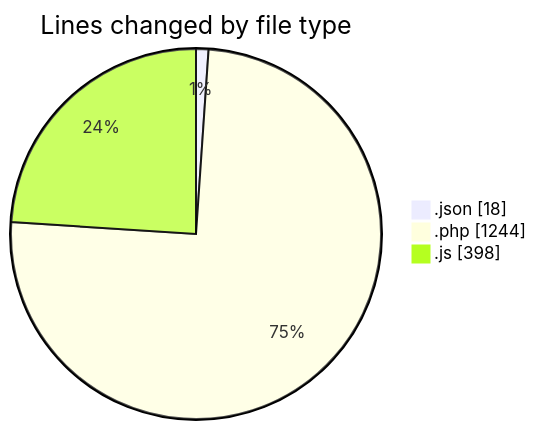
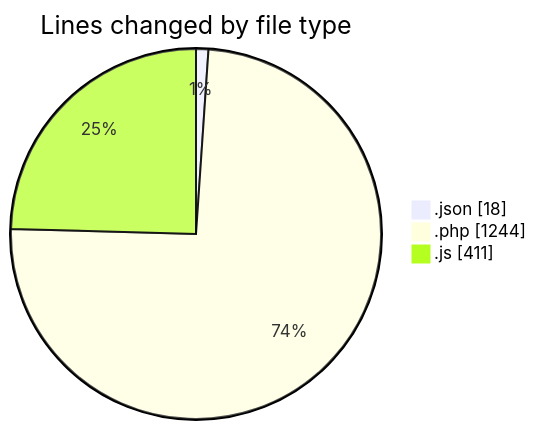
The first of 2 diagrams in 2025-09-26/untitled__workspace_/README.md (debugP/code-tracking), drawn with Mermaid before and after one commit. The commit also changed other lines of this file and 1 other file, not shown here.

````diff
--- a/2025-09-26/untitled__workspace_/README.md
+++ b/2025-09-26/untitled__workspace_/README.md
@@ -24,7 +24,7 @@
 ```mermaid
 pie showData
 title Lines changed by file type
 ".json" : 18
 ".php" : 1244
-".js" : 398
+".js" : 411
 ```
````
